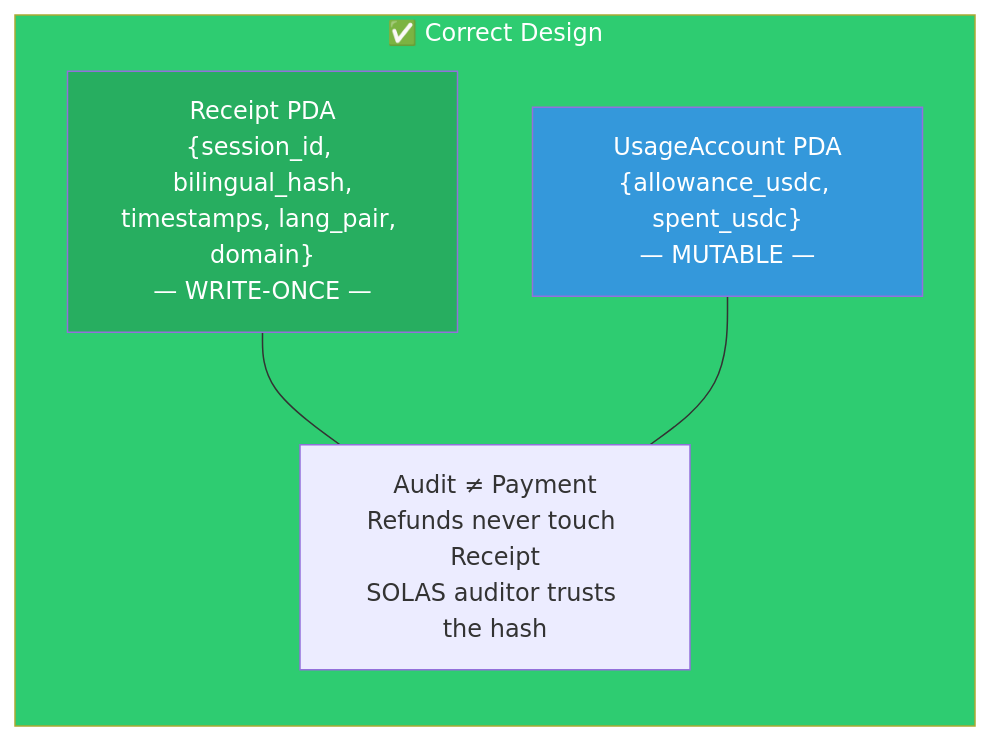
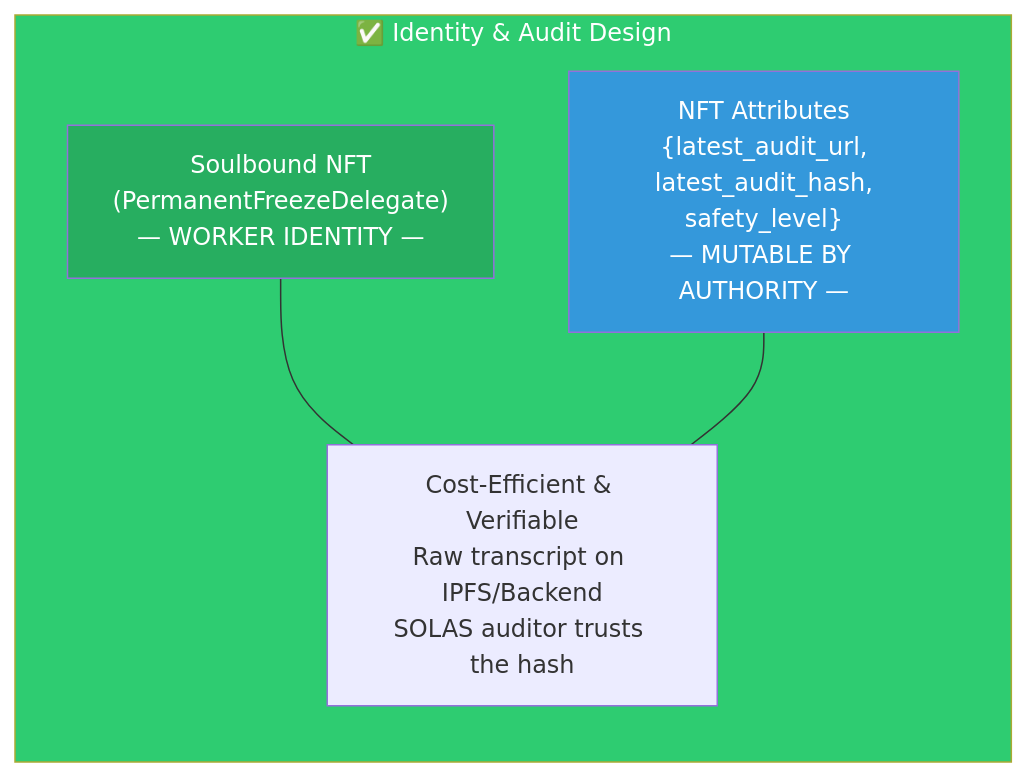
Before and after one commit to zok213/CONVO: diagram 13 of 20 in docs/WaveLens_Lite_v8_DaNang2026.md, drawn with Mermaid. The commit also changed other lines of this file and 57 other files, not shown here.

````diff
--- a/docs/WaveLens_Lite_v8_DaNang2026.md
+++ b/docs/WaveLens_Lite_v8_DaNang2026.md
@@ -601,21 +610,22 @@
 ```mermaid
 graph LR
-    subgraph RIGHT ["✅ Correct Design"]
-        R1["Receipt PDA
-{session_id, bilingual_hash,
-timestamps, lang_pair, domain}
-— WRITE-ONCE —"]
-        R2["UsageAccount PDA
-{allowance_usdc, spent_usdc}
-— MUTABLE —"]
-        WHY["Audit ≠ Payment
-Refunds never touch Receipt
+    subgraph RIGHT ["✅ Identity & Audit Design"]
+        R1["Soulbound NFT
+(PermanentFreezeDelegate)
+— WORKER IDENTITY —"]
+        R2["NFT Attributes
+{latest_audit_url,
+latest_audit_hash,
+safety_level}
+— MUTABLE BY AUTHORITY —"]
+        WHY["Cost-Efficient & Verifiable
+Raw transcript on IPFS/Backend
 SOLAS auditor trusts the hash"]
         R1 --- WHY
         R2 --- WHY
     end
 
     style RIGHT fill:#2ECC71,color:#fff
     style R1 fill:#27AE60,color:#fff
     style R2 fill:#3498DB,color:#fff
 ```
````
